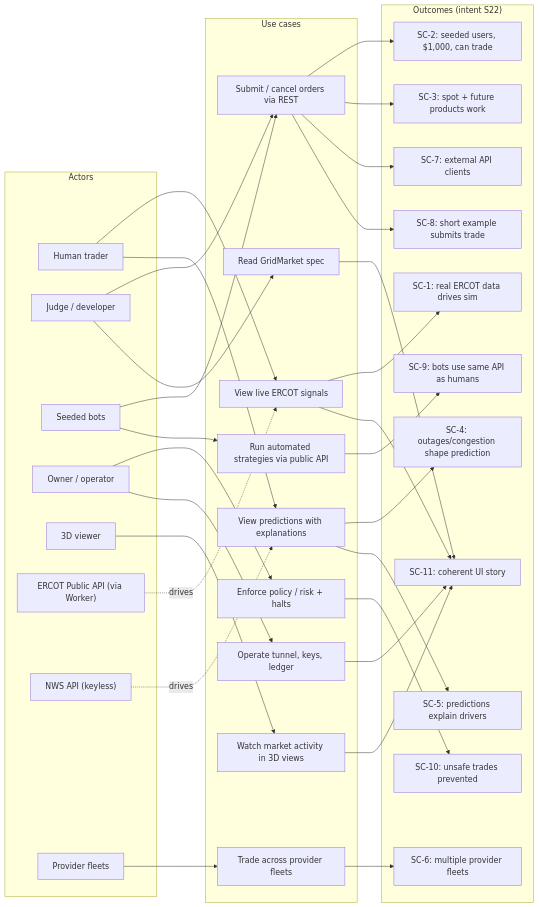
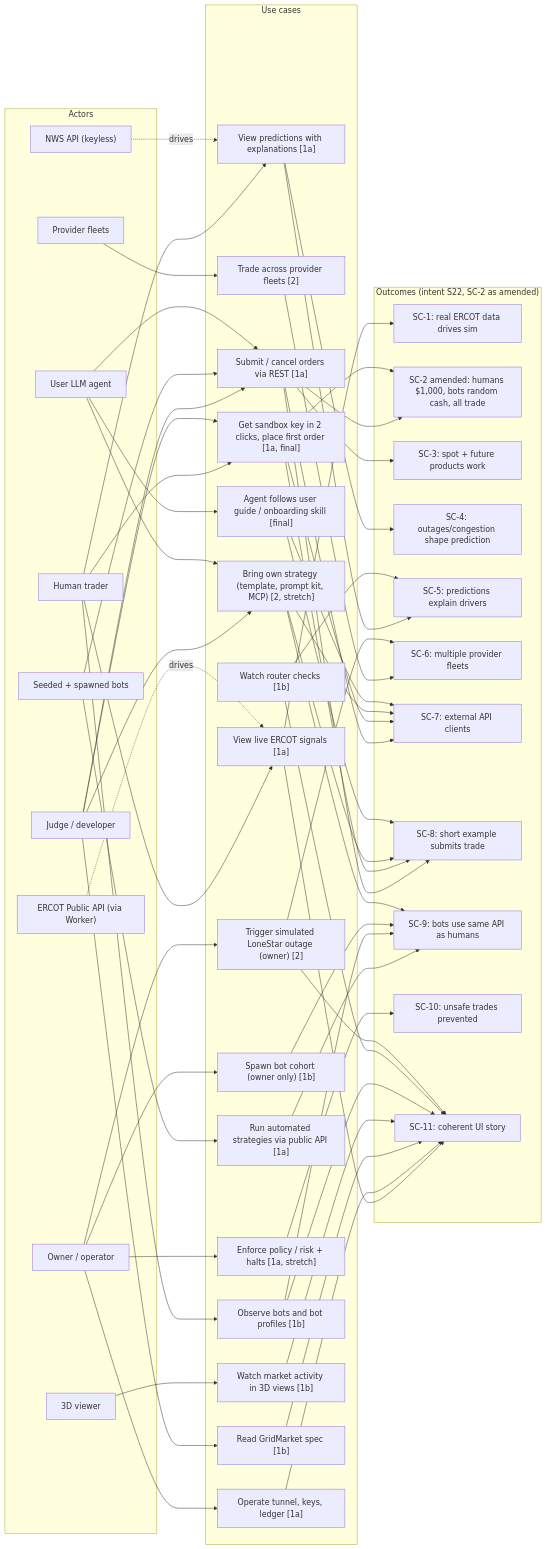
The diagram in docs/plans/2026-09-25-gridmarket/views/v2-use-cases.mmd (1wgrumph/gridmarket), drawn with Mermaid before and after one commit. The commit also changed 42 other files, not shown here.

```diff
--- a/docs/plans/2026-09-25-gridmarket/views/v2-use-cases.mmd
+++ b/docs/plans/2026-09-25-gridmarket/views/v2-use-cases.mmd
@@ -1,64 +1,96 @@
 flowchart LR
     subgraph ACT["Actors"]
         A_HUMAN["Human trader"]
         A_JUDGE["Judge / developer"]
-        A_BOTS["Seeded bots"]
+        A_BOTS["Seeded + spawned bots"]
         A_OWNER["Owner / operator"]
         A_VIEWER["3D viewer"]
+        A_AGENT["User LLM agent"]
         A_ERCOT["ERCOT Public API (via Worker)"]
         A_NWS["NWS API (keyless)"]
         A_FLEET["Provider fleets"]
     end
 
     subgraph UC["Use cases"]
-        U1["View live ERCOT signals"]
-        U2["View predictions with explanations"]
-        U3["Submit / cancel orders via REST"]
-        U4["Run automated strategies via public API"]
-        U5["Trade across provider fleets"]
-        U6["Enforce policy / risk + halts"]
-        U7["Operate tunnel, keys, ledger"]
-        U8["Read GridMarket spec"]
-        U9["Watch market activity in 3D views"]
+        U1["View live ERCOT signals [1a]"]
+        U2["View predictions with explanations [1a]"]
+        U3["Submit / cancel orders via REST [1a]"]
+        U4["Run automated strategies via public API [1a]"]
+        U5["Trade across provider fleets [2]"]
+        U6["Enforce policy / risk + halts [1a, stretch]"]
+        U7["Operate tunnel, keys, ledger [1a]"]
+        U8["Read GridMarket spec [1b]"]
+        U9["Watch market activity in 3D views [1b]"]
+        U10["Get sandbox key in 2 clicks, place first order [1a, final]"]
+        U11["Observe bots and bot profiles [1b]"]
+        U12["Spawn bot cohort (owner only) [1b]"]
+        U13["Watch router checks [1b]"]
+        U14["Trigger simulated LoneStar outage (owner) [2]"]
+        U15["Bring own strategy (template, prompt kit, MCP) [2, stretch]"]
+        U16["Agent follows user guide / onboarding skill [final]"]
     end
 
-    subgraph SC["Outcomes (intent S22)"]
+    subgraph SC["Outcomes (intent S22, SC-2 as amended)"]
         S1["SC-1: real ERCOT data drives sim"]
-        S2["SC-2: seeded users, $1,000, can trade"]
+        S2["SC-2 amended: humans $1,000, bots random cash, all trade"]
         S3["SC-3: spot + future products work"]
         S4["SC-4: outages/congestion shape prediction"]
         S5["SC-5: predictions explain drivers"]
         S6["SC-6: multiple provider fleets"]
         S7["SC-7: external API clients"]
         S8["SC-8: short example submits trade"]
         S9["SC-9: bots use same API as humans"]
         S10["SC-10: unsafe trades prevented"]
         S11["SC-11: coherent UI story"]
     end
 
     A_HUMAN --> U1
     A_HUMAN --> U2
+    A_HUMAN --> U10
+    A_HUMAN --> U11
     A_JUDGE --> U3
     A_JUDGE --> U8
+    A_JUDGE --> U10
+    A_JUDGE --> U15
     A_BOTS --> U3
     A_BOTS --> U4
     A_OWNER --> U6
     A_OWNER --> U7
+    A_OWNER --> U12
+    A_OWNER --> U14
     A_VIEWER --> U9
+    A_AGENT --> U3
+    A_AGENT --> U15
+    A_AGENT --> U16
     A_ERCOT -.->|drives| U1
     A_NWS -.->|drives| U2
     A_FLEET --> U5
     U1 --> S1
     U1 --> S11
     U2 --> S4
     U2 --> S5
     U3 --> S2
     U3 --> S3
     U3 --> S7
     U3 --> S8
     U4 --> S9
     U5 --> S6
     U6 --> S10
     U7 --> S11
     U8 --> S11
     U9 --> S11
+    U10 --> S2
+    U10 --> S7
+    U10 --> S8
+    U11 --> S9
+    U11 --> S11
+    U12 --> S9
+    U13 --> S5
+    U13 --> S11
+    U14 --> S6
+    U14 --> S11
+    U15 --> S7
+    U15 --> S8
+    U15 --> S9
+    U16 --> S7
+    U16 --> S8
```
